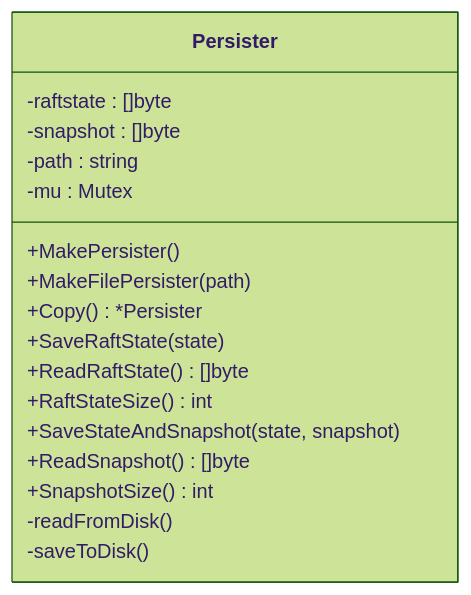
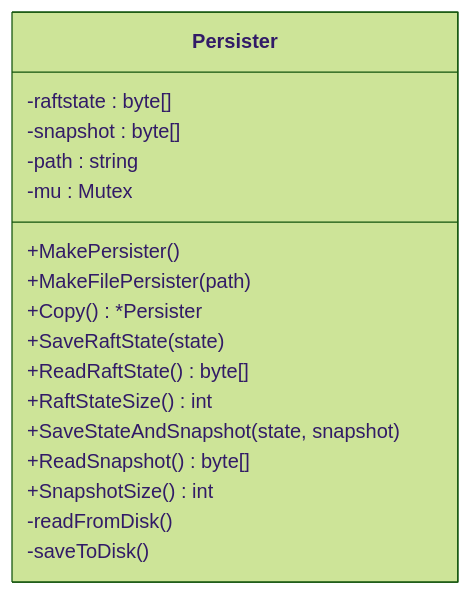
Before and after one commit to eraft-io/eraft: the third of 6 diagrams in wiki/Raft 共识算法/持久化与存储.md, drawn with Mermaid (forest theme). The commit also changed 35 other files, not shown here.

````diff
--- a/wiki/Raft 共识算法/持久化与存储.md
+++ b/wiki/Raft 共识算法/持久化与存储.md
@@ -116,20 +116,20 @@
 ```mermaid
 classDiagram
 class Persister {
--raftstate : []byte
--snapshot : []byte
+-raftstate : byte[]
+-snapshot : byte[]
 -path : string
 -mu : Mutex
 +MakePersister()
 +MakeFilePersister(path)
 +Copy() *Persister
 +SaveRaftState(state)
-+ReadRaftState() []byte
++ReadRaftState() byte[]
 +RaftStateSize() int
 +SaveStateAndSnapshot(state, snapshot)
-+ReadSnapshot() []byte
++ReadSnapshot() byte[]
 +SnapshotSize() int
 -readFromDisk()
 -saveToDisk()
 }
 ```
````
